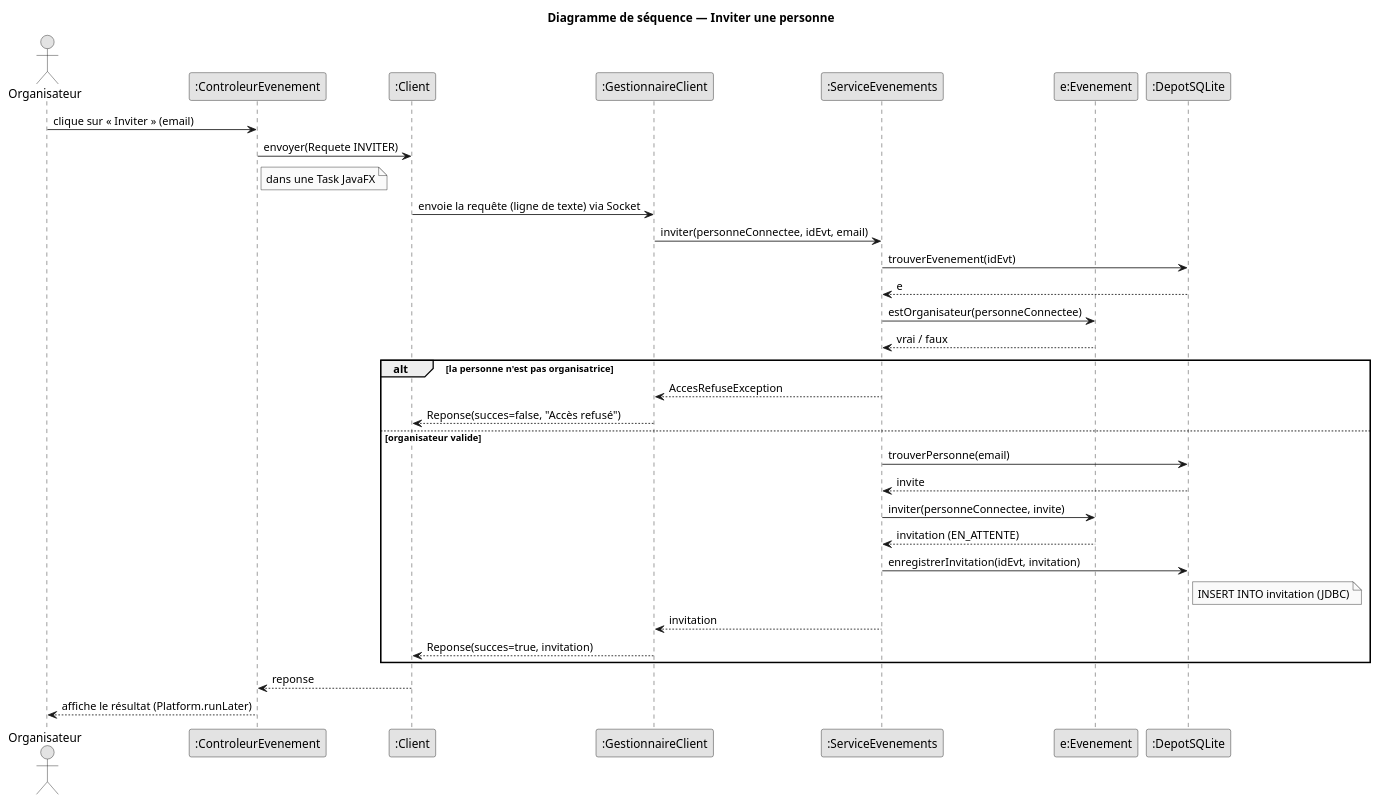
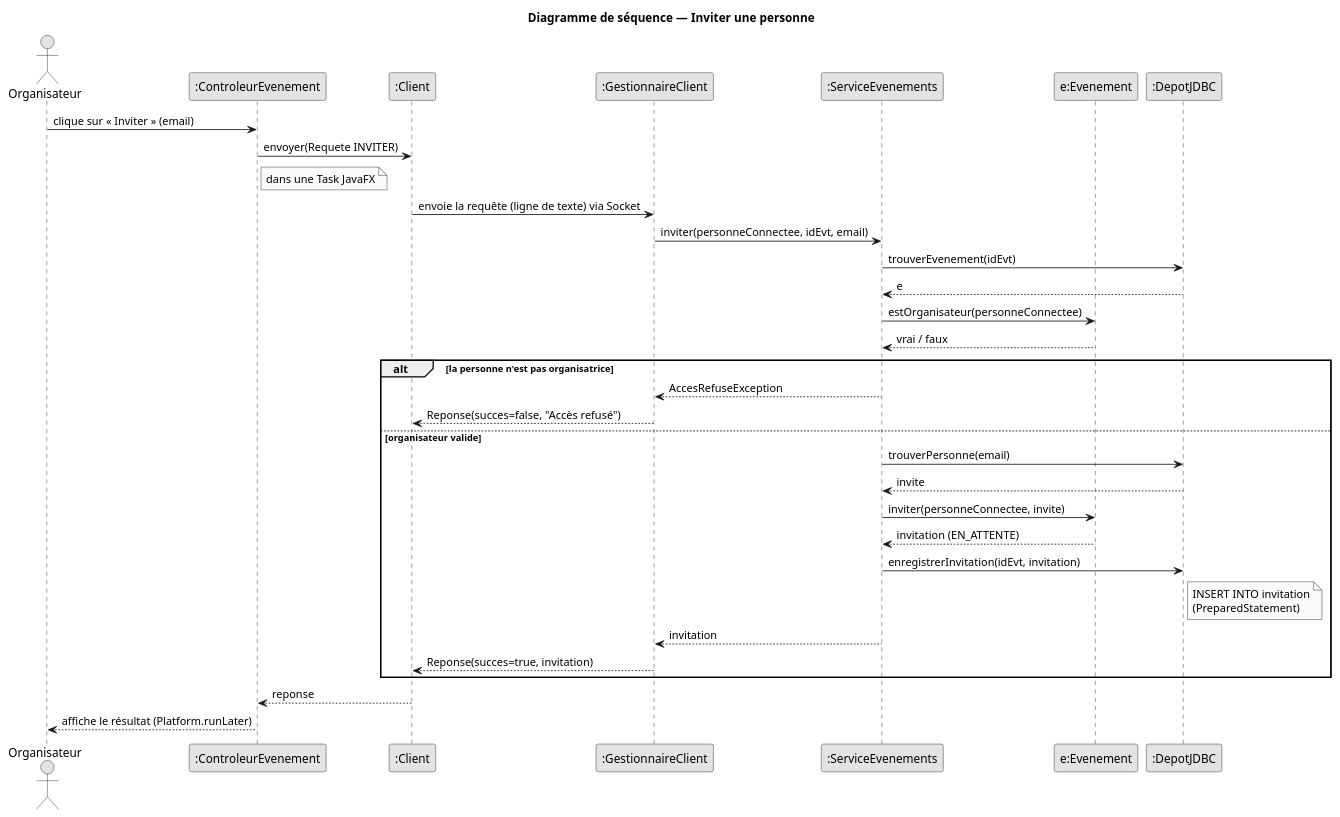
One commit to Tactiis239/gestion-event changed the diagram in doc/uml/sequence-invitation.puml. Above: the diagram before and after it, drawn with PlantUML. The commit also changed 3 other files, not shown here.

```diff
--- a/doc/uml/sequence-invitation.puml
+++ b/doc/uml/sequence-invitation.puml
@@ -1,40 +1,40 @@
 @startuml sequence-invitation
 skinparam shadowing false
 skinparam monochrome true
 skinparam defaultFontName Helvetica
 
 title Diagramme de séquence — Inviter une personne
 
 actor Organisateur
 participant ":ControleurEvenement" as IHM
 participant ":Client" as C
 participant ":GestionnaireClient" as GC
 participant ":ServiceEvenements" as S
 participant "e:Evenement" as E
-participant ":DepotSQLite" as D
+participant ":DepotJDBC" as D
 
 Organisateur -> IHM : clique sur « Inviter » (email)
 IHM -> C : envoyer(Requete INVITER)
 note right of IHM : dans une Task JavaFX
 C -> GC : envoie la requête (ligne de texte) via Socket
 GC -> S : inviter(personneConnectee, idEvt, email)
 S -> D : trouverEvenement(idEvt)
 D --> S : e
 S -> E : estOrganisateur(personneConnectee)
 E --> S : vrai / faux
 alt la personne n'est pas organisatrice
   S --> GC : AccesRefuseException
   GC --> C : Reponse(succes=false, "Accès refusé")
 else organisateur valide
   S -> D : trouverPersonne(email)
   D --> S : invite
   S -> E : inviter(personneConnectee, invite)
   E --> S : invitation (EN_ATTENTE)
   S -> D : enregistrerInvitation(idEvt, invitation)
-  note right of D : INSERT INTO invitation (JDBC)
+  note right of D : INSERT INTO invitation\n(PreparedStatement)
   S --> GC : invitation
   GC --> C : Reponse(succes=true, invitation)
 end
 C --> IHM : reponse
 IHM --> Organisateur : affiche le résultat (Platform.runLater)
 @enduml
```
